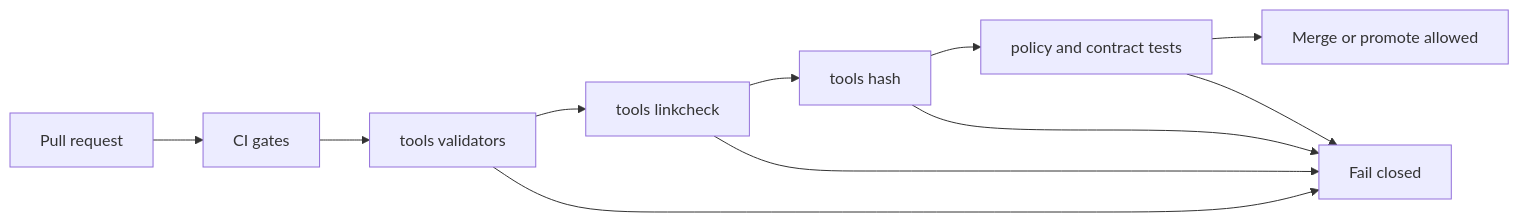
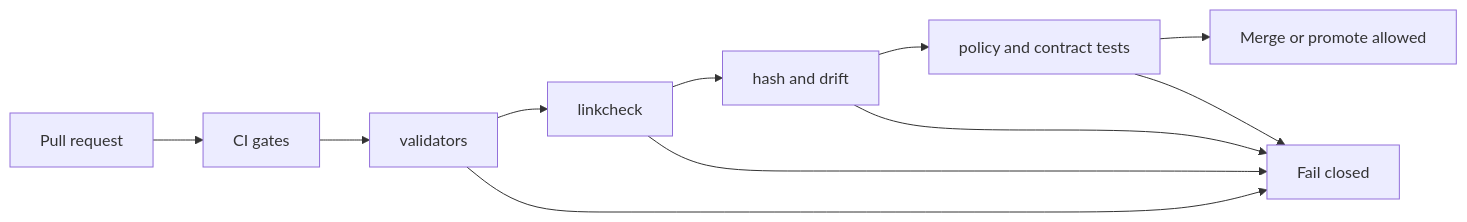
Before and after one commit to bartytime4life/Kansas-Frontier-Matrix: the third of 3 diagrams in tools/README.md, drawn with Mermaid. The commit also changed other lines of this file, not shown here.

````diff
--- a/tools/README.md
+++ b/tools/README.md
@@ -252,14 +255,14 @@
 ```mermaid
 flowchart LR
   PR[Pull request] --> CI[CI gates]
-  CI --> V[tools validators]
-  V --> L[tools linkcheck]
-  L --> H[tools hash]
+  CI --> V[validators]
+  V --> L[linkcheck]
+  L --> H[hash and drift]
   H --> P[policy and contract tests]
   P --> OK[Merge or promote allowed]
 
   V --> BLOCK[Fail closed]
   L --> BLOCK
   H --> BLOCK
   P --> BLOCK
 ```
````
